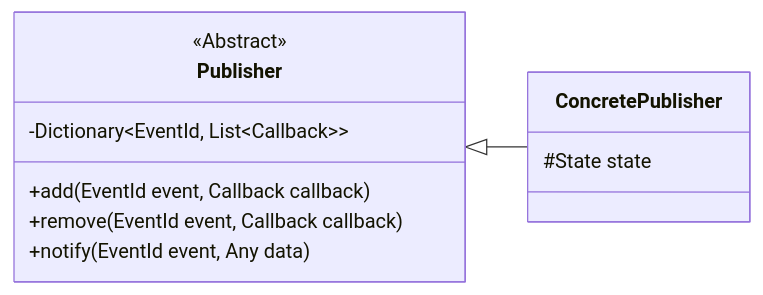
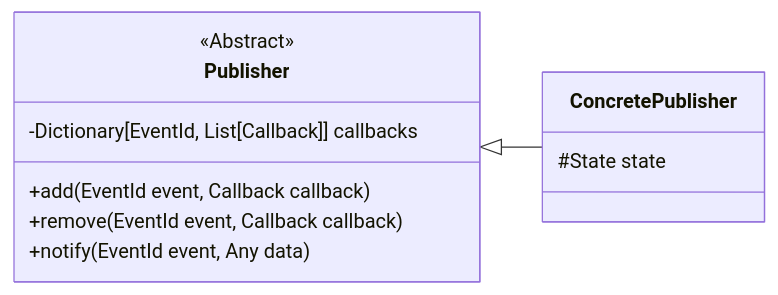
Before and after one commit to TendTo/Newcastle-Presentations: the third of 5 diagrams in presentations/EICSymAware-scaffolding/README.md, drawn with Mermaid. The commit also changed other lines of this file, not shown here.

Commit message:
fix: mermaid diagram compatibility

````diff
--- a/presentations/EICSymAware-scaffolding/README.md
+++ b/presentations/EICSymAware-scaffolding/README.md
@@ -239,18 +239,18 @@
 ```mermaid
 classDiagram
 direction LR
 
 class Publisher {
     <<Abstract>>
-    -Dictionary~EventId, List#60;Callback#62;~
+    -Dictionary[EventId, List[Callback]] callbacks
     +add(EventId event, Callback callback)
     +remove(EventId event, Callback callback)
     +notify(EventId event, Any data)
 }
 
 class ConcretePublisher {
     #State state
 }
 
 Publisher <|-- ConcretePublisher
 ```
````
